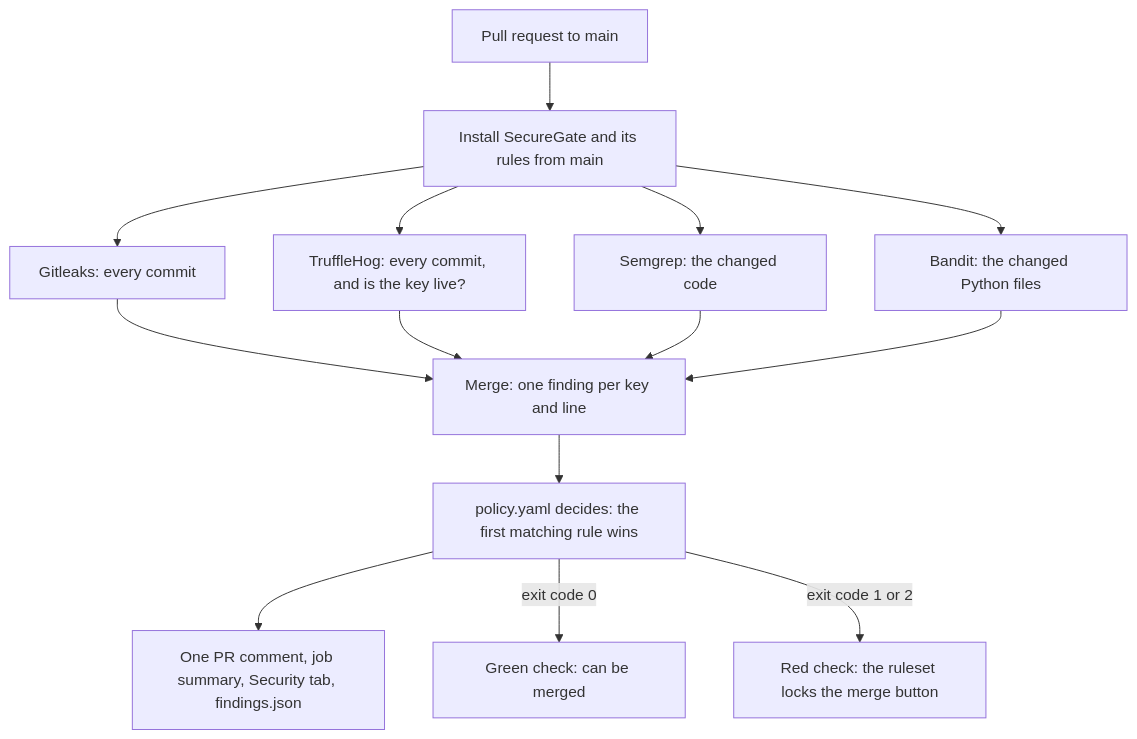
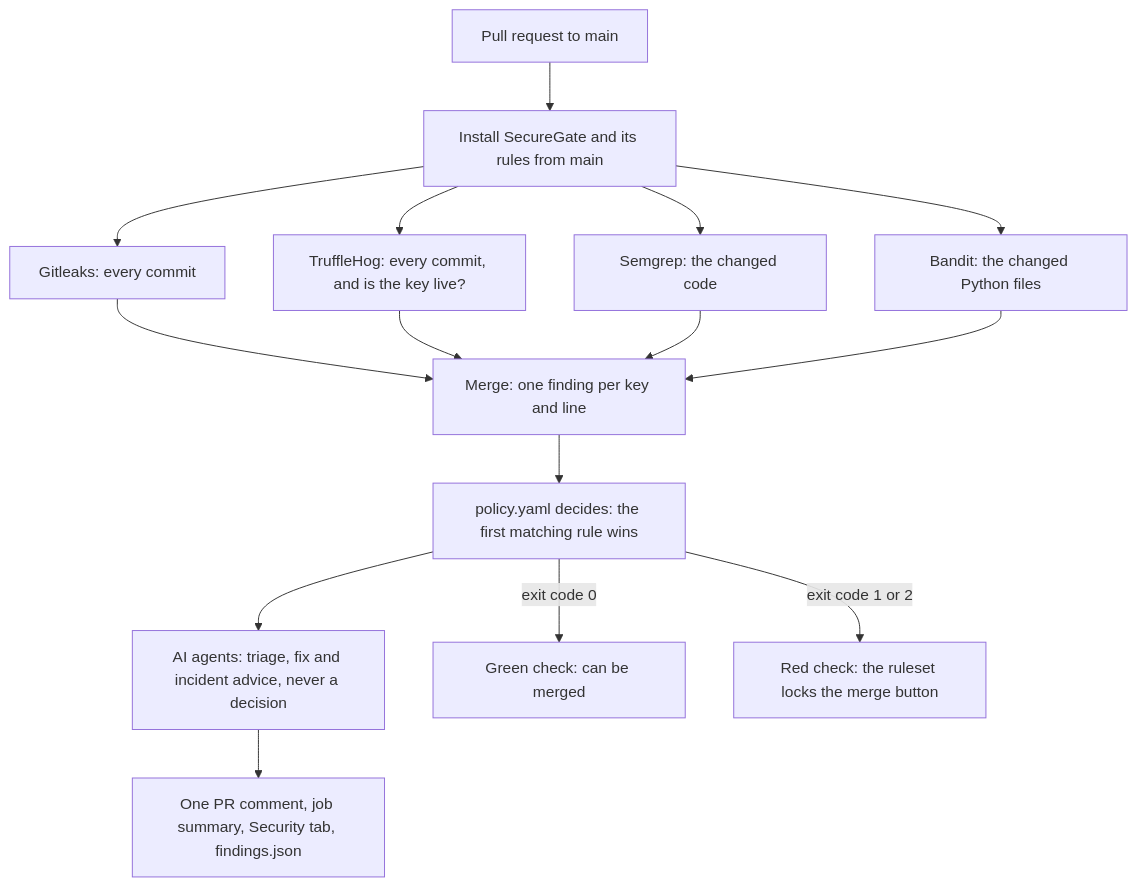
One commit to Bhavik-Kadian/Nexora changed the diagram in docs/merge-gate.md. Above: the diagram before and after it, drawn with Mermaid. The commit also changed other lines of this file and 11 other files, not shown here.

````diff
--- a/docs/merge-gate.md
+++ b/docs/merge-gate.md
@@ -28,16 +28,17 @@
 ```mermaid
 flowchart TD
     PR["Pull request to main"] --> I["Install SecureGate and its rules from main"]
     I --> G["Gitleaks: every commit"]
     I --> T["TruffleHog: every commit, and is the key live?"]
     I --> S["Semgrep: the changed code"]
     I --> B["Bandit: the changed Python files"]
     G --> M["Merge: one finding per key and line"]
     T --> M
     S --> M
     B --> M
     M --> P["policy.yaml decides: the first matching rule wins"]
-    P --> O["One PR comment, job summary, Security tab, findings.json"]
+    P --> AI["AI agents: triage, fix and incident advice, never a decision"]
+    AI --> O["One PR comment, job summary, Security tab, findings.json"]
     P -->|"exit code 0"| OK["Green check: can be merged"]
     P -->|"exit code 1 or 2"| NO["Red check: the ruleset locks the merge button"]
 ```
````
